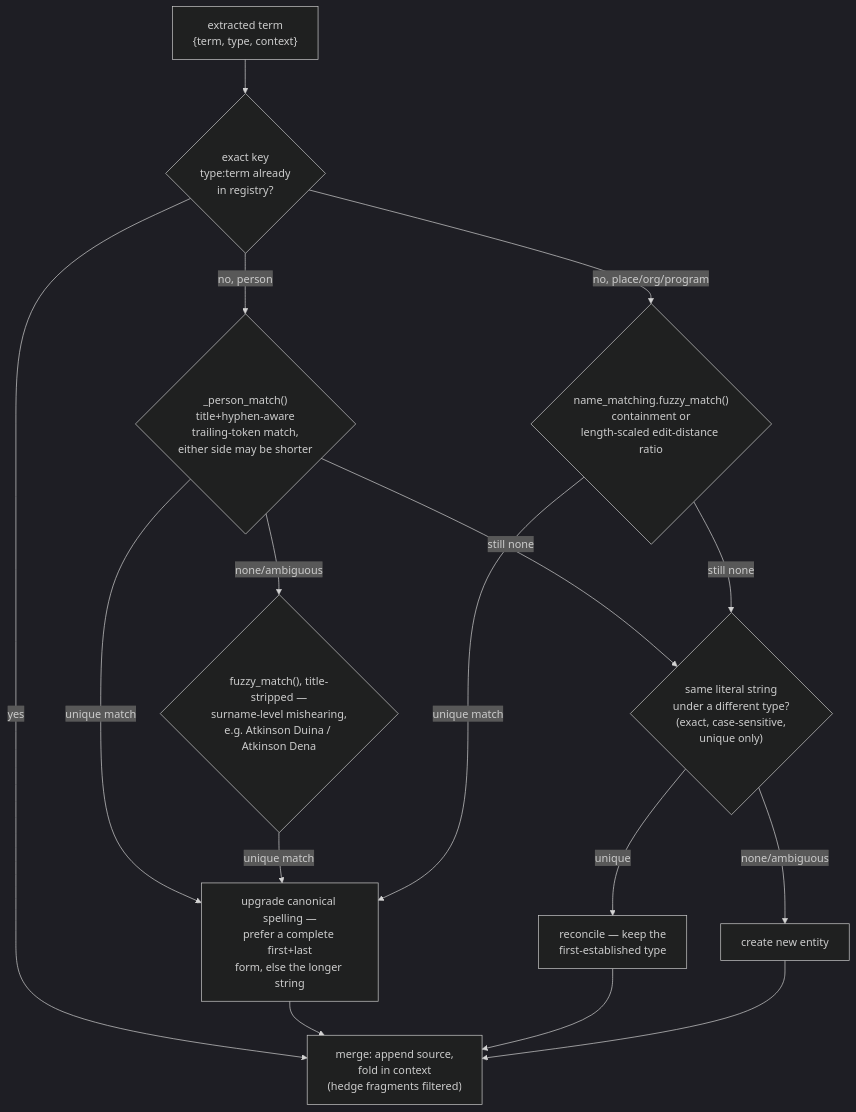
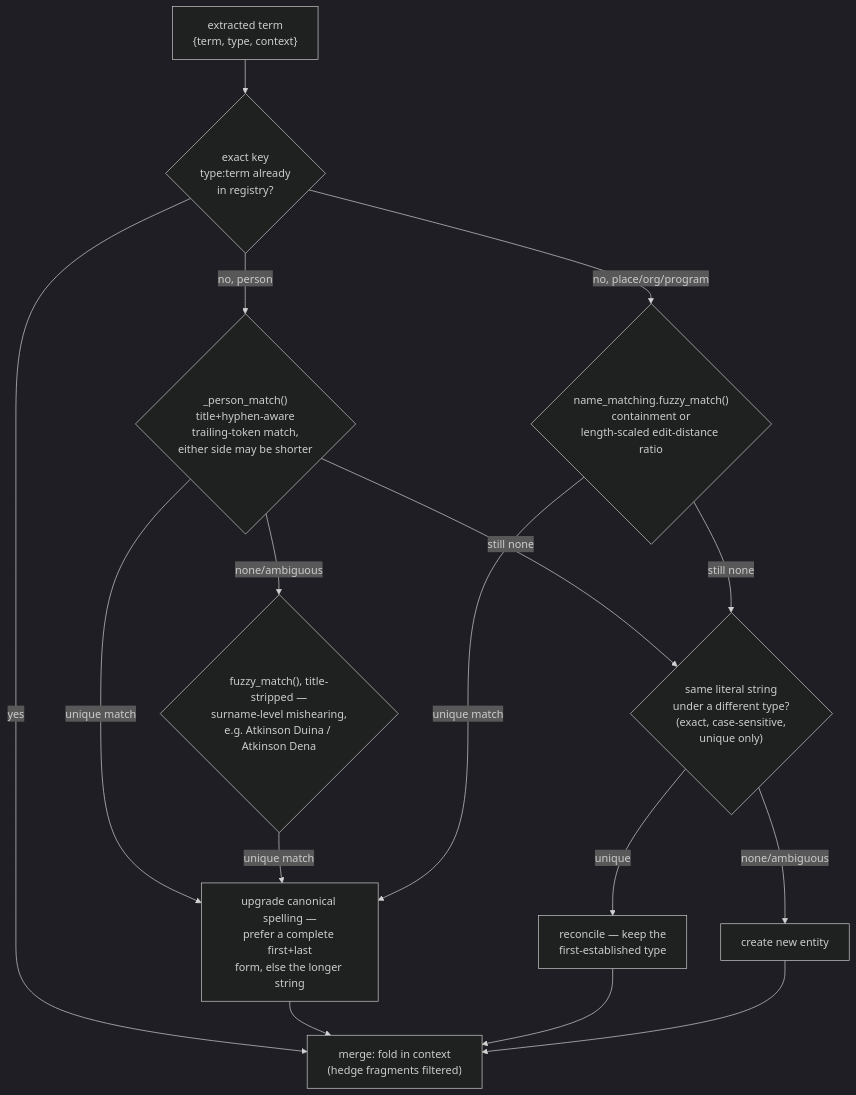
One commit to wheelerbb/spsd-board-meetings changed the third of 5 diagrams in docs/pipeline.md. Above: the diagram before and after it, drawn with Mermaid (dark theme). The commit also changed other lines of this file and 12 other files, not shown here.

````diff
--- a/docs/pipeline.md
+++ b/docs/pipeline.md
@@ -202,18 +235,18 @@
 ```mermaid
 flowchart TD
     T["extracted term<br/>{term, type, context}"] --> K{"exact key<br/>type:term already<br/>in registry?"}
-    K -->|yes| MERGE["merge: append source,<br/>fold in context<br/>(hedge fragments filtered)"]
+    K -->|yes| MERGE["merge: fold in context<br/>(hedge fragments filtered)"]
     K -->|no, person| PM{"_person_match()<br/>title+hyphen-aware<br/>trailing-token match,<br/>either side may be shorter"}
     K -->|no, place/org/program| FM1{"name_matching.fuzzy_match()<br/>containment or<br/>length-scaled edit-distance ratio"}
     PM -->|unique match| UPG["upgrade canonical spelling —<br/>prefer a complete first+last<br/>form, else the longer string"]
     PM -->|none/ambiguous| FM2{"fuzzy_match(), title-stripped —<br/>surname-level mishearing,<br/>e.g. Atkinson Duina / Atkinson Dena"}
     FM2 -->|unique match| UPG
     FM1 -->|unique match| UPG
     PM -->|still none| XT{"same literal string<br/>under a different type?<br/>(exact, case-sensitive,<br/>unique only)"}
     FM1 -->|still none| XT
     XT -->|unique| RECLASS["reconcile — keep the<br/>first-established type"]
     XT -->|none/ambiguous| NEW["create new entity"]
     UPG --> MERGE
     RECLASS --> MERGE
     NEW --> MERGE
 ```
````
